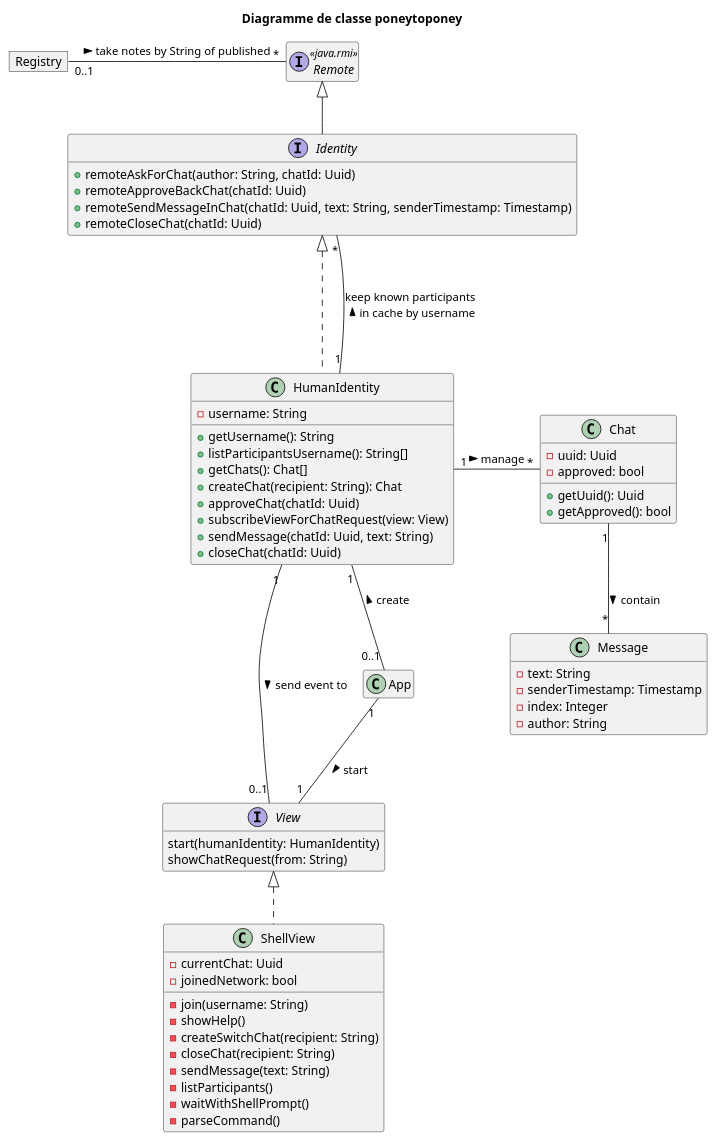
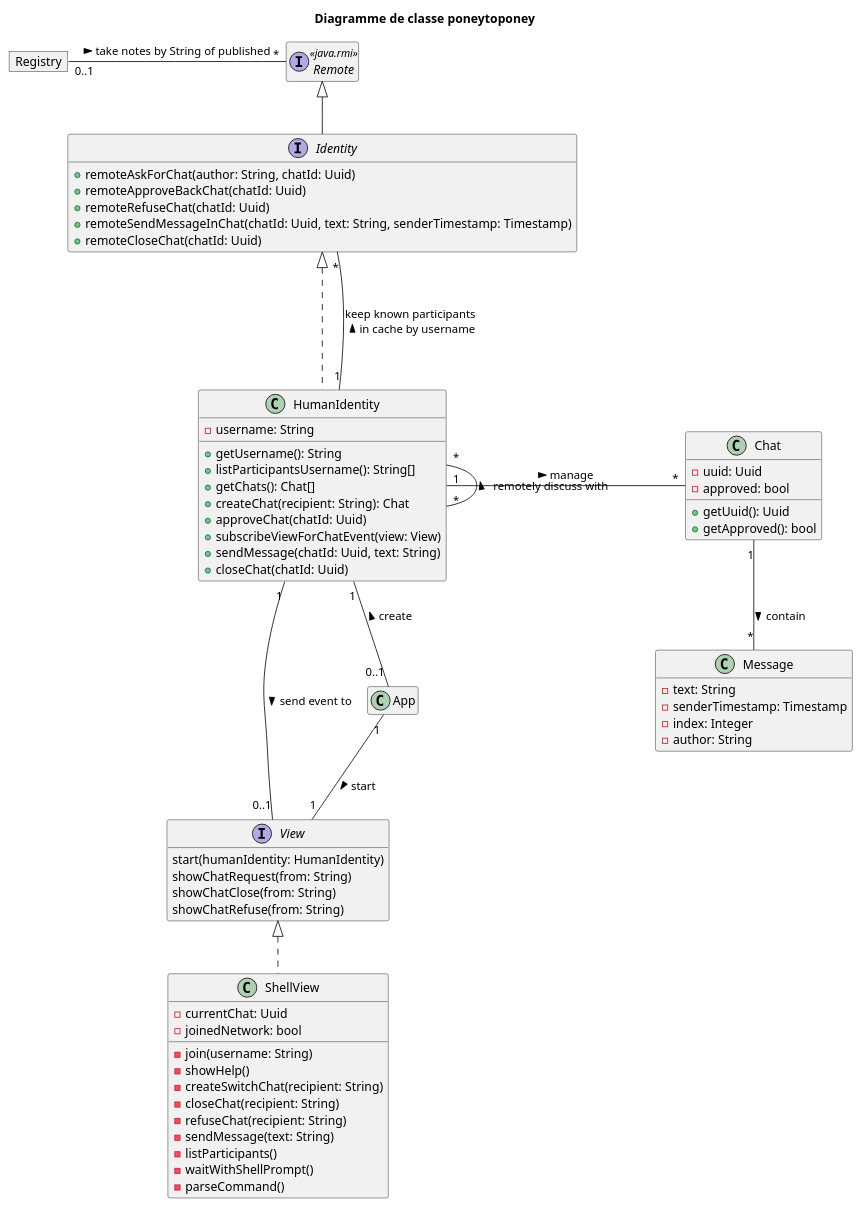
Before and after one commit to samuelroland/poneytoponey: the diagram in docs/class.puml, drawn with PlantUML. The commit also changed 1 other file, not shown here.

Commit message:
Latest class diagram

```diff
--- a/docs/class.puml
+++ b/docs/class.puml
@@ -1,73 +1,78 @@
 @startuml class
 
 title "Diagramme de classe poneytoponey"
 
 hide empty members
 
 interface Remote <<java.rmi>>
 
 class App
 HumanIdentity "1"--"0..1" App: create <
 App "1"--"1" View: start >
 
 interface View {
     start(humanIdentity: HumanIdentity)
     showChatRequest(from: String)
+    showChatClose(from: String)
+    showChatRefuse(from: String)
 }
 
 class ShellView implements View {
     - currentChat: Uuid
     - joinedNetwork: bool
     - join(username: String)
     - showHelp()
     - createSwitchChat(recipient: String)
     - closeChat(recipient: String)
+    - refuseChat(recipient: String)
     - sendMessage(text: String)
     - listParticipants()
     - waitWithShellPrompt()
     - parseCommand()
 }
 
 class Chat {
     -uuid: Uuid
     -approved: bool
     +getUuid(): Uuid
     +getApproved(): bool
 }
 
 interface Identity extends Remote {
     +remoteAskForChat(author: String, chatId: Uuid)
     +remoteApproveBackChat(chatId: Uuid)
+    +remoteRefuseChat(chatId: Uuid)
     +remoteSendMessageInChat(chatId: Uuid, text: String, senderTimestamp: Timestamp)
     +remoteCloseChat(chatId: Uuid)
 }
 
 class HumanIdentity implements Identity {
     -username: String
     +getUsername(): String
     +listParticipantsUsername(): String[]
     +getChats(): Chat[]
     +createChat(recipient: String): Chat
     +approveChat(chatId: Uuid)
-    +subscribeViewForChatRequest(view: View)
+    +subscribeViewForChatEvent(view: View)
     +sendMessage(chatId: Uuid, text: String)
     +closeChat(chatId: Uuid)
 }
 
 HumanIdentity "1"-"*" Chat: manage >
+HumanIdentity "*"-l-"*" HumanIdentity: remotely discuss with >
 HumanIdentity "1"-"0..1" View: send event to >
 HumanIdentity "1"-u--"*" Identity: keep known participants \nin cache by username <
 Chat "1"--"*" Message: contain >
 
 class Message {
     -text: String
     -senderTimestamp: Timestamp
     -index: Integer
     -author: String
 }
 
 object Registry
 
 Registry "0..1"-"*" Remote: take notes by String of published >
 
 @enduml
```
